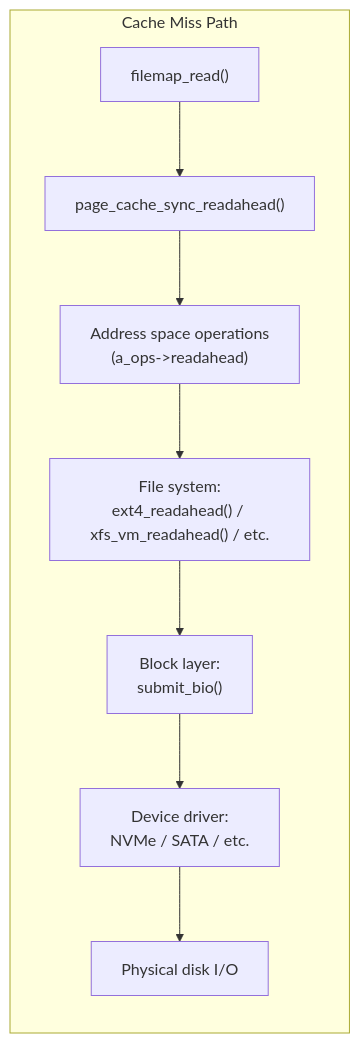
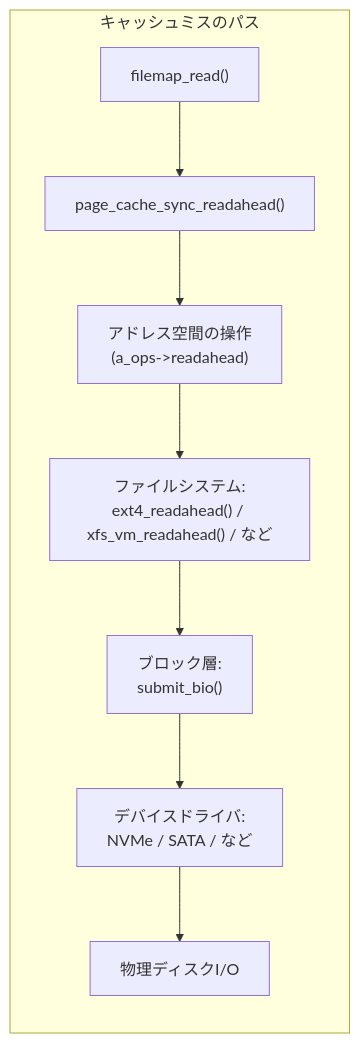
One commit to doguto/linux-kernel-internals-jp changed the fifth of 8 diagrams in docs/mm/life-of-read.md. Above: the diagram before and after it, drawn with Mermaid. The commit also changed other lines of this file and 27 other files, not shown here.

````diff
--- a/docs/mm/life-of-read.md
+++ b/docs/mm/life-of-read.md
@@ -304,12 +304,12 @@
 ```mermaid
 flowchart TD
-    subgraph cachemiss["Cache Miss Path"]
+    subgraph cachemiss["キャッシュミスのパス"]
         direction TB
         A["filemap_read()"] --> B["page_cache_sync_readahead()"]
-        B --> C["Address space operations<br/>(a_ops->readahead)"]
-        C --> D["File system:<br/>ext4_readahead() / xfs_vm_readahead() / etc."]
-        D --> E["Block layer:<br/>submit_bio()"]
-        E --> F["Device driver:<br/>NVMe / SATA / etc."]
-        F --> G["Physical disk I/O"]
+        B --> C["アドレス空間の操作<br/>(a_ops->readahead)"]
+        C --> D["ファイルシステム:<br/>ext4_readahead() / xfs_vm_readahead() / など"]
+        D --> E["ブロック層:<br/>submit_bio()"]
+        E --> F["デバイスドライバ:<br/>NVMe / SATA / など"]
+        F --> G["物理ディスクI/O"]
     end
 ```
````
